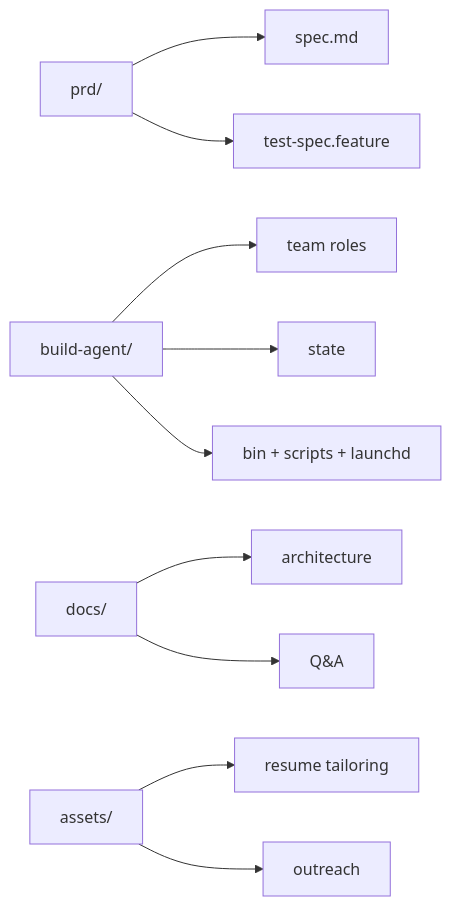
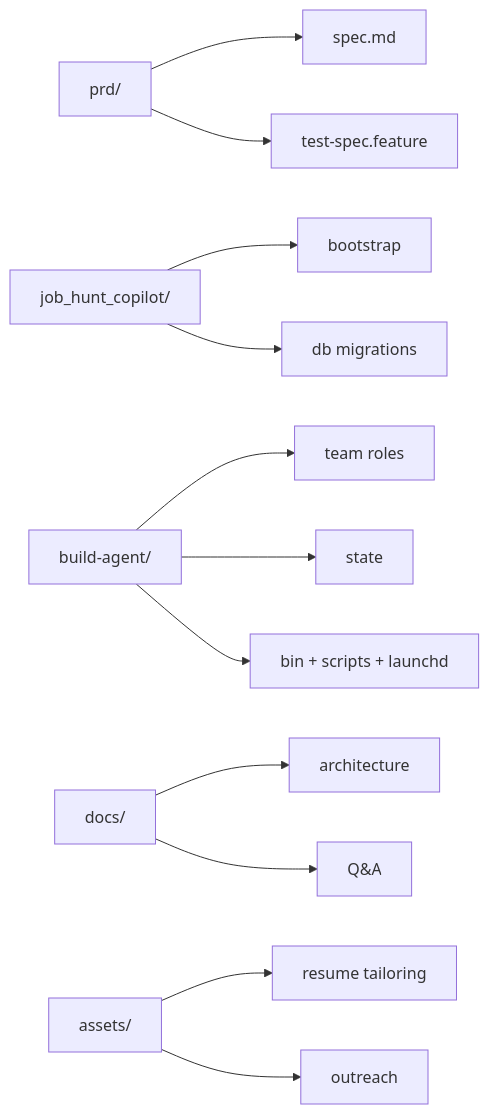
The fourth of 4 diagrams in docs/ARCHITECTURE.md (sontiachyut/job-hunt-copilot-v4), drawn with Mermaid before and after one commit. The commit also changed other lines of this file and 14 other files, not shown here.

First line of the commit message:
checkpoint(build-agent): build-cycle-20260406T034335Z-66be05af BA-01

````diff
--- a/docs/ARCHITECTURE.md
+++ b/docs/ARCHITECTURE.md
@@ -95,12 +101,14 @@
 ```mermaid
 flowchart LR
     A[prd/] --> A1[spec.md]
     A --> A2[test-spec.feature]
-    B[build-agent/] --> B1[team roles]
-    B --> B2[state]
-    B --> B3[bin + scripts + launchd]
-    C[docs/] --> C1[architecture]
-    C --> C2[Q&A]
-    D[assets/] --> D1[resume tailoring]
-    D --> D2[outreach]
+    B[job_hunt_copilot/] --> B1[bootstrap]
+    B --> B2[db migrations]
+    C[build-agent/] --> C1[team roles]
+    C --> C2[state]
+    C --> C3[bin + scripts + launchd]
+    D[docs/] --> D1[architecture]
+    D --> D2[Q&A]
+    E[assets/] --> E1[resume tailoring]
+    E --> E2[outreach]
 ```
````
